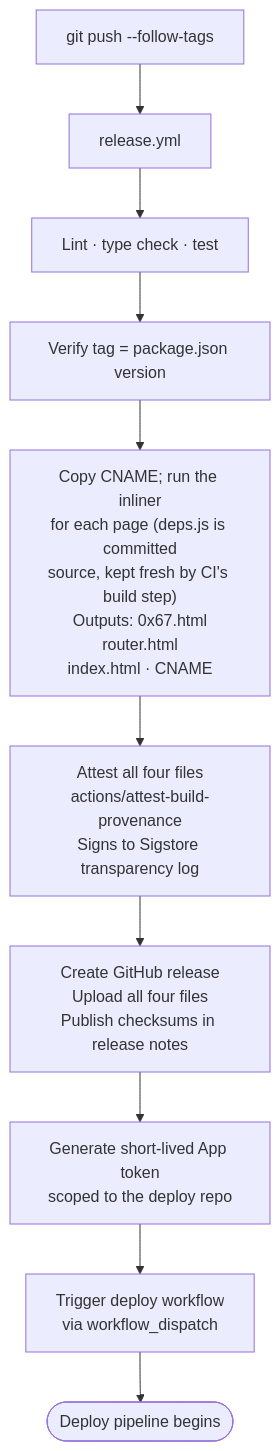
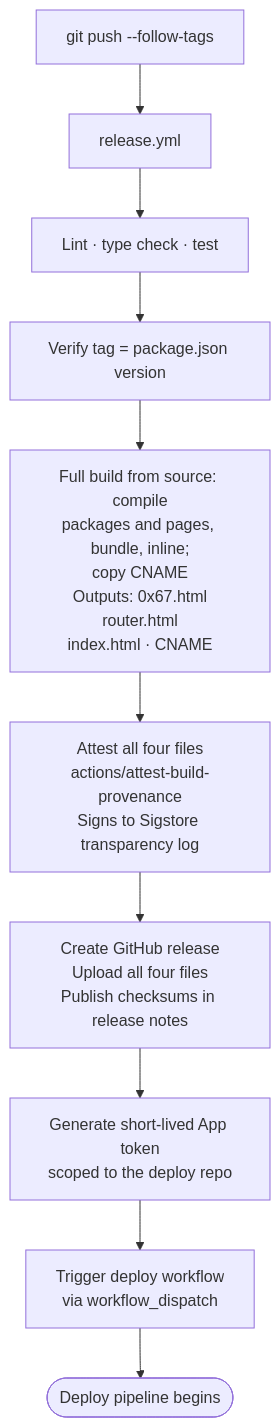
Before and after one commit to keepass-web/source-application: the third of 4 diagrams in docs/PIPELINE.md, drawn with Mermaid. The commit also changed 29 other files, not shown here.

````diff
--- a/docs/PIPELINE.md
+++ b/docs/PIPELINE.md
@@ -92,13 +92,13 @@
 ```mermaid
 flowchart TD
     TAG["git push --follow-tags"]
     TAG --> AREL["release.yml"]
     AREL --> CI3["Lint · type check · test"]
     CI3 --> VER2["Verify tag = package.json version"]
-    VER2 --> BUILD["Copy CNAME; run the inliner\nfor each page (deps.js is committed\nsource, kept fresh by CI's build step)\nOutputs: 0x67.html\nrouter.html\nindex.html · CNAME"]
+    VER2 --> BUILD["Full build from source: compile\npackages and pages, bundle, inline;\ncopy CNAME\nOutputs: 0x67.html\nrouter.html\nindex.html · CNAME"]
     BUILD --> ATTEST["Attest all four files\nactions/attest-build-provenance\nSigns to Sigstore transparency log"]
     ATTEST --> GHREL["Create GitHub release\nUpload all four files\nPublish checksums in release notes"]
     GHREL --> TOKEN["Generate short-lived App token\nscoped to the deploy repo"]
     TOKEN --> TRIG["Trigger deploy workflow\nvia workflow_dispatch"]
     TRIG --> DEPLOY(["Deploy pipeline begins"])
 ```
````
